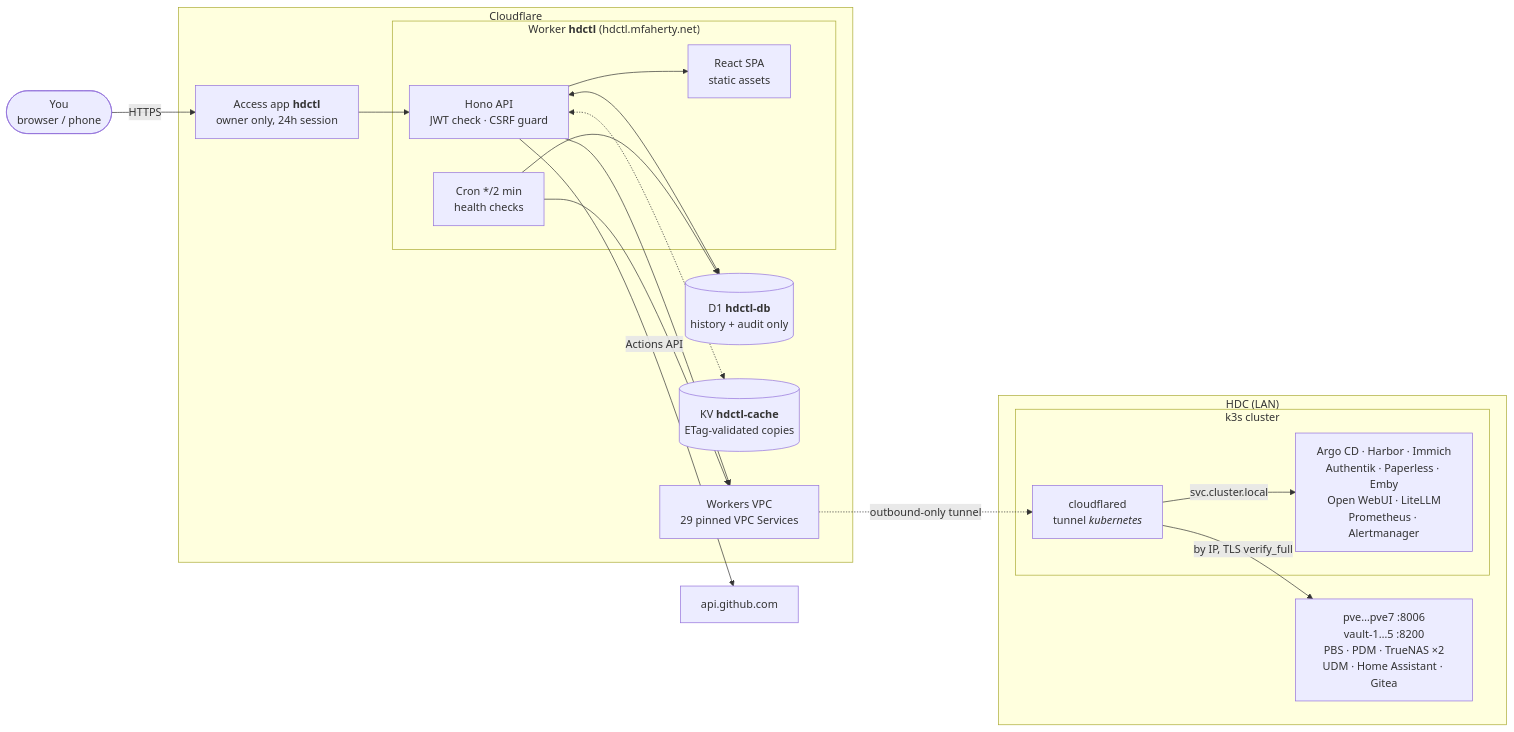
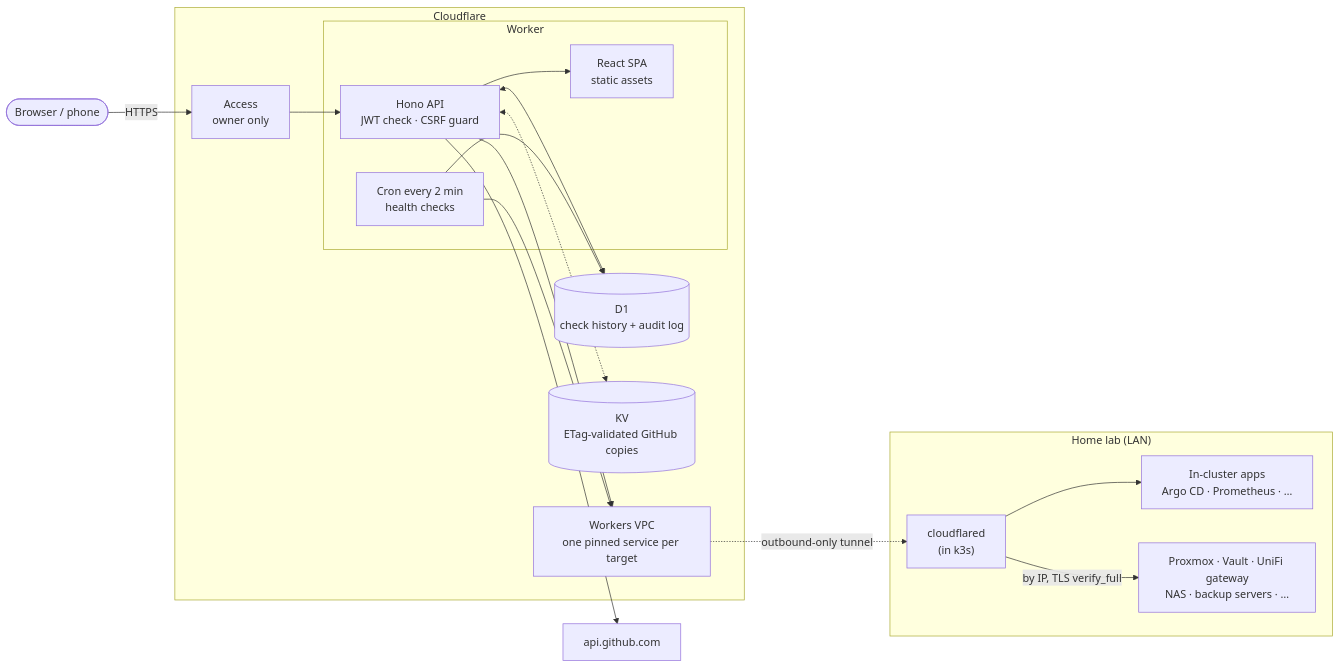
One commit to mike12806/hdctl changed the diagram in README.md. Above: the diagram before and after it, drawn with Mermaid. The commit also changed other lines of this file and 1 other file, not shown here.

````diff
--- a/README.md
+++ b/README.md
@@ -38,38 +56,36 @@
 ```mermaid
 flowchart LR
-  you(["You<br/>browser / phone"])
+  you(["Browser / phone"])
 
   subgraph cf["Cloudflare"]
-    access["Access app <b>hdctl</b><br/>owner only, 24h session"]
-    subgraph worker["Worker <b>hdctl</b> (hdctl.mfaherty.net)"]
+    access["Access<br/>owner only"]
+    subgraph worker["Worker"]
       api["Hono API<br/>JWT check · CSRF guard"]
       assets["React SPA<br/>static assets"]
-      cron["Cron */2 min<br/>health checks"]
+      cron["Cron every 2 min<br/>health checks"]
     end
-    d1[("D1 <b>hdctl-db</b><br/>history + audit only")]
-    kv[("KV <b>hdctl-cache</b><br/>ETag-validated copies")]
-    vpc["Workers VPC<br/>29 pinned VPC Services"]
+    d1[("D1<br/>check history + audit log")]
+    kv[("KV<br/>ETag-validated GitHub copies")]
+    vpc["Workers VPC<br/>one pinned service per target"]
   end
 
   gh["api.github.com"]
 
-  subgraph lab["HDC (LAN)"]
-    subgraph k3s["k3s cluster"]
-      cfd["cloudflared<br/>tunnel <i>kubernetes</i>"]
-      capps["Argo CD · Harbor · Immich<br/>Authentik · Paperless · Emby<br/>Open WebUI · LiteLLM<br/>Prometheus · Alertmanager"]
-    end
-    hosts["pve…pve7 :8006<br/>vault-1…5 :8200<br/>PBS · PDM · TrueNAS ×2<br/>UDM · Home Assistant · Gitea"]
+  subgraph lab["Home lab (LAN)"]
+    cfd["cloudflared<br/>(in k3s)"]
+    capps["In-cluster apps<br/>Argo CD · Prometheus · …"]
+    hosts["Proxmox · Vault · UniFi gateway<br/>NAS · backup servers · …"]
   end
 
   you -->|HTTPS| access --> api
   api --> assets
   api <--> d1
   cron --> d1
   api <-.-> kv
   api --> vpc
   cron --> vpc
   vpc -. outbound-only tunnel .-> cfd
   cfd -->|by IP, TLS verify_full| hosts
-  cfd -->|svc.cluster.local| capps
-  api -->|Actions API| gh
+  cfd --> capps
+  api --> gh
 ```
````
